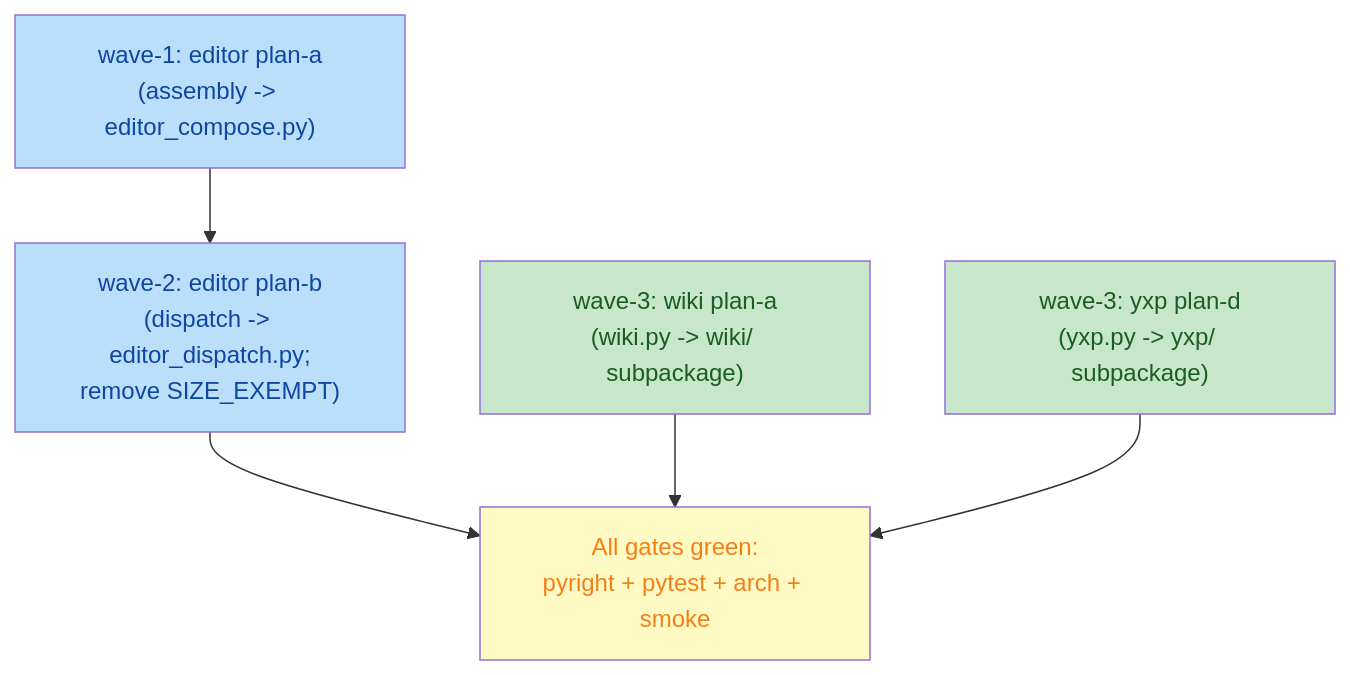
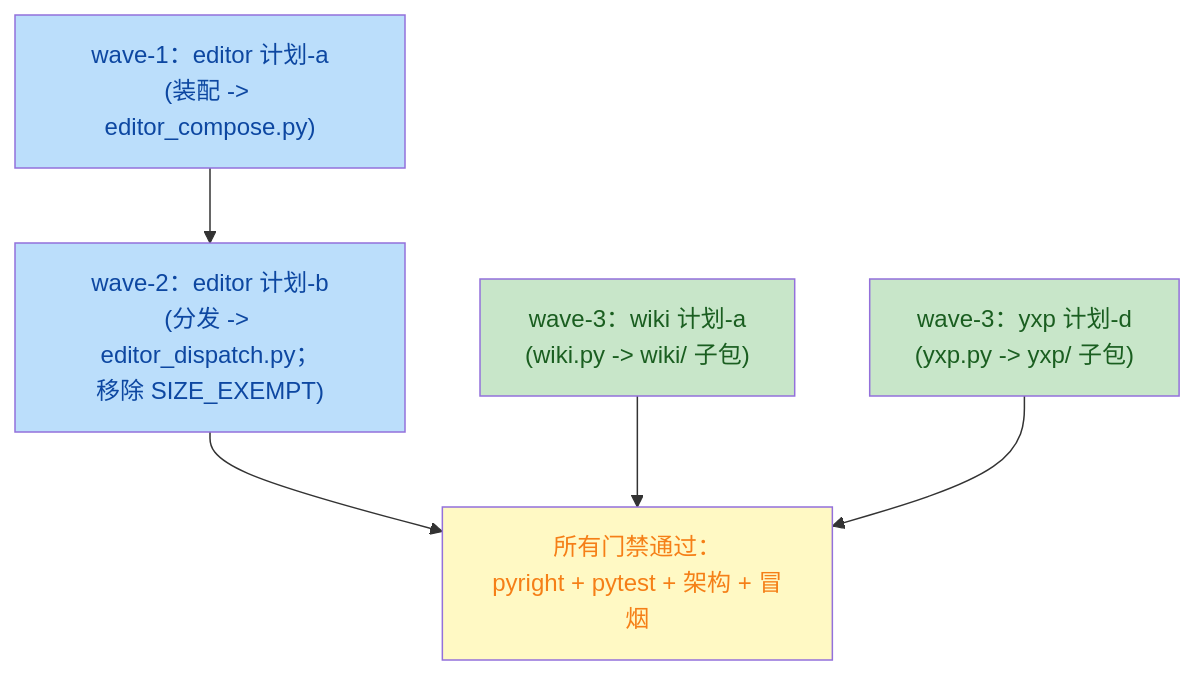
Before and after one commit to BigThxBrigde/yate: the diagram in .trae/documents/big-module-split-2-plans/overview.md, drawn with Mermaid. The commit also changed other lines of this file and 79 other files, not shown here.

````diff
--- a/.trae/documents/big-module-split-2-plans/overview.md
+++ b/.trae/documents/big-module-split-2-plans/overview.md
@@ -62,18 +47,18 @@
 ```mermaid
 flowchart TD
-    W1["wave-1: editor plan-a<br/>(assembly -> editor_compose.py)"]
-    W2["wave-2: editor plan-b<br/>(dispatch -> editor_dispatch.py;<br/>remove SIZE_EXEMPT)"]
-    W3a["wave-3: wiki plan-a<br/>(wiki.py -> wiki/ subpackage)"]
-    W3b["wave-3: yxp plan-d<br/>(yxp.py -> yxp/ subpackage)"]
+    W1["wave-1：editor 计划-a<br/>(装配 -> editor_compose.py)"]
+    W2["wave-2：editor 计划-b<br/>(分发 -> editor_dispatch.py；<br/>移除 SIZE_EXEMPT)"]
+    W3a["wave-3：wiki 计划-a<br/>(wiki.py -> wiki/ 子包)"]
+    W3b["wave-3：yxp 计划-d<br/>(yxp.py -> yxp/ 子包)"]
 
     W1 --> W2
-    W2 --> FINAL["All gates green:<br/>pyright + pytest + arch + smoke"]
+    W2 --> FINAL["所有门禁通过：<br/>pyright + pytest + 架构 + 冒烟"]
     W3a --> FINAL
     W3b --> FINAL
 
     style W1 fill:#bbdefb,color:#0d47a1
     style W2 fill:#bbdefb,color:#0d47a1
     style W3a fill:#c8e6c9,color:#1a5e20
     style W3b fill:#c8e6c9,color:#1a5e20
     style FINAL fill:#fff9c4,color:#f57f17
 ```
````
